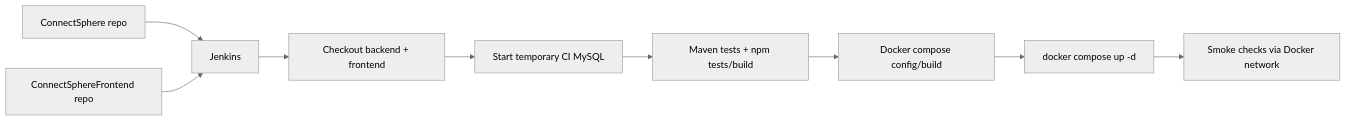
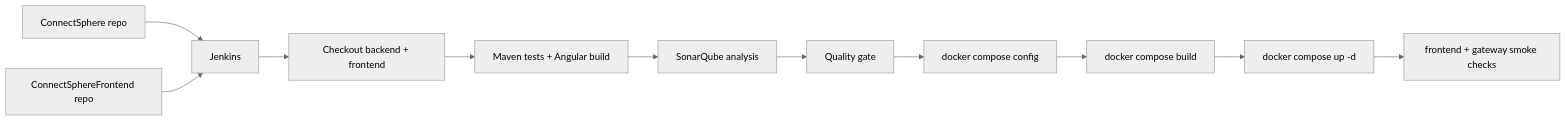
One commit to AnuragRajput-cyber/ConnectSphere changed the fourth of 4 diagrams in PROJECT_COMPLETE_DOCUMENTATION.md. Above: the diagram before and after it, drawn with Mermaid (neutral theme). The commit also changed other lines of this file and 9 other files, not shown here.

Commit message:
[Anurag] fix:Sonar Qube

````diff
--- a/PROJECT_COMPLETE_DOCUMENTATION.md
+++ b/PROJECT_COMPLETE_DOCUMENTATION.md
@@ -136,11 +239,13 @@
 ```mermaid
 graph LR
-    GitHubBackend[ConnectSphere repo] --> Jenkins
-    GitHubFrontend[ConnectSphereFrontend repo] --> Jenkins
+    BackendRepo[ConnectSphere repo] --> Jenkins
+    FrontendRepo[ConnectSphereFrontend repo] --> Jenkins
     Jenkins --> Checkout[Checkout backend + frontend]
-    Checkout --> TestDB[Start temporary CI MySQL]
-    TestDB --> Tests[Maven tests + npm tests/build]
-    Tests --> Compose[Docker compose config/build]
-    Compose --> Deploy[docker compose up -d]
-    Deploy --> Smoke[Smoke checks via Docker network]
+    Checkout --> Tests[Maven tests + Angular build]
+    Tests --> Sonar[SonarQube analysis]
+    Sonar --> Gate[Quality gate]
+    Gate --> ComposeConfig[docker compose config]
+    ComposeConfig --> BuildImages[docker compose build]
+    BuildImages --> Deploy[docker compose up -d]
+    Deploy --> Smoke[frontend + gateway smoke checks]
 ```
````
